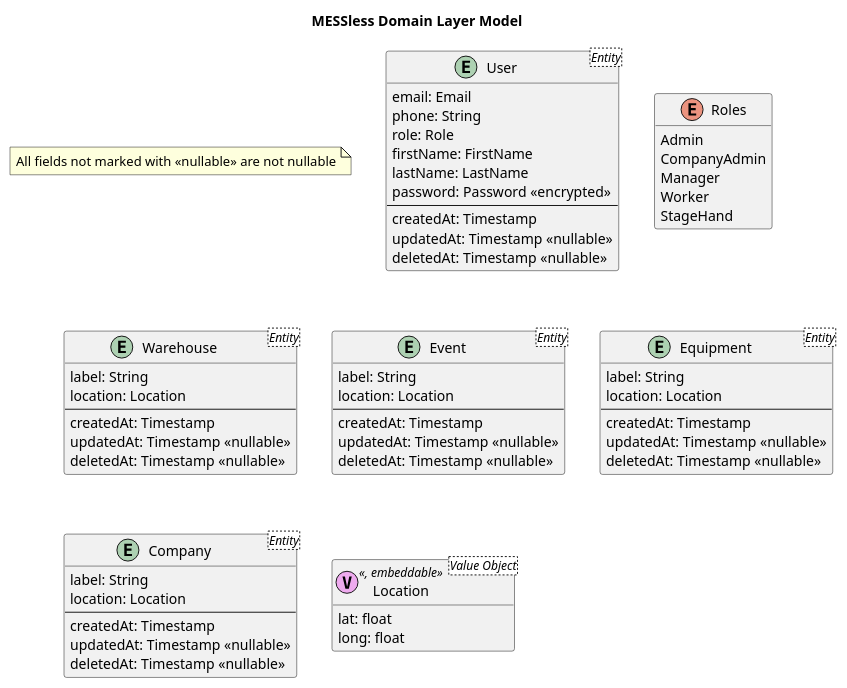
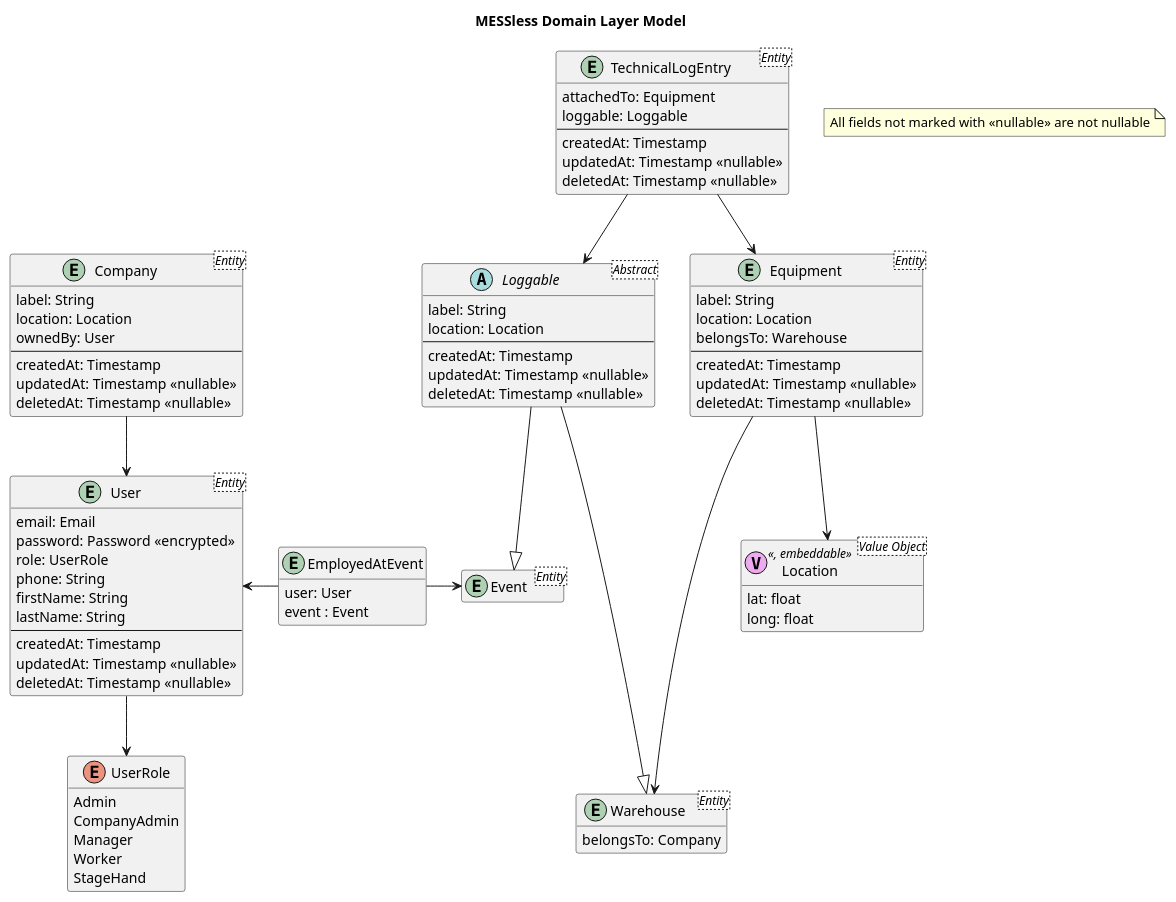
The diagram in Writerside/pumls/domain-model.puml (spg-eventful/wiki), drawn with PlantUML before and after one commit. The commit also changed 2 other files, not shown here.

```diff
--- a/Writerside/pumls/domain-model.puml
+++ b/Writerside/pumls/domain-model.puml
@@ -1,69 +1,98 @@
 @startuml
 hide empty methods
 hide empty attributes
 
 title MESSless Domain Layer Model
 note "All fields not marked with <<nullable>> are not nullable" as NullConvention
 
 entity User<Entity> {
-    email: Email
-    phone: String
-    role: Role
-    firstName: FirstName
-    lastName: LastName
-    password: Password <<encrypted>>
-    ---
-    createdAt: Timestamp
-    updatedAt: Timestamp <<nullable>>
-    deletedAt: Timestamp <<nullable>>
+  email: Email
+  password: Password <<encrypted>>
+  role: UserRole
+  phone: String
+  firstName: String
+  lastName: String
+  ---
+  createdAt: Timestamp
+  updatedAt: Timestamp <<nullable>>
+  deletedAt: Timestamp <<nullable>>
 }
 
-enum Roles {
+entity EmployedAtEvent {
+  user: User
+  event : Event
+}
+
+enum UserRole {
   Admin
   CompanyAdmin
   Manager
   Worker
   StageHand
 }
 
+abstract Loggable<Abstract> {
+  label: String
+  location: Location
+  ---
+  createdAt: Timestamp
+  updatedAt: Timestamp <<nullable>>
+  deletedAt: Timestamp <<nullable>>
+}
+
 entity Warehouse<Entity> {
-    label: String
-    location: Location
-    ---
-    createdAt: Timestamp
-    updatedAt: Timestamp <<nullable>>
-    deletedAt: Timestamp <<nullable>>
+  belongsTo: Company
 }
 
 entity Event<Entity> {
-    label: String
-    location: Location
-    ---
-    createdAt: Timestamp
-    updatedAt: Timestamp <<nullable>>
-    deletedAt: Timestamp <<nullable>>
 }
 
 entity Equipment<Entity> {
-    label: String
-    location: Location
-    ---
-    createdAt: Timestamp
-    updatedAt: Timestamp <<nullable>>
-    deletedAt: Timestamp <<nullable>>
+  label: String
+  location: Location
+  belongsTo: Warehouse
+  ---
+  createdAt: Timestamp
+  updatedAt: Timestamp <<nullable>>
+  deletedAt: Timestamp <<nullable>>
 }
 
 entity Company<Entity> {
-    label: String
-    location: Location
-    ---
-    createdAt: Timestamp
-    updatedAt: Timestamp <<nullable>>
-    deletedAt: Timestamp <<nullable>>
+  label: String
+  location: Location
+  ownedBy: User
+  ---
+  createdAt: Timestamp
+  updatedAt: Timestamp <<nullable>>
+  deletedAt: Timestamp <<nullable>>
+}
+
+entity TechnicalLogEntry<Entity> {
+  attachedTo: Equipment
+  loggable: Loggable
+  ---
+  createdAt: Timestamp
+  updatedAt: Timestamp <<nullable>>
+  deletedAt: Timestamp <<nullable>>
 }
 
 entity Location <Value Object> <<(V, EEAAEE), embeddable>> {
   lat: float
   long: float
 }
+
+' relations
+User -down-> UserRole
+EmployedAtEvent -left-> User
+EmployedAtEvent -right-> Event
+Company -down-> User
+
+Equipment -down-> Location
+TechnicalLogEntry --> Equipment
+TechnicalLogEntry --> Loggable
+
+Loggable --|> Warehouse
+Loggable --|> Event
+
+Equipment ---> Warehouse
 @enduml
```
